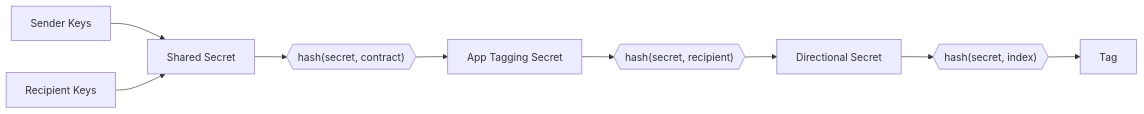
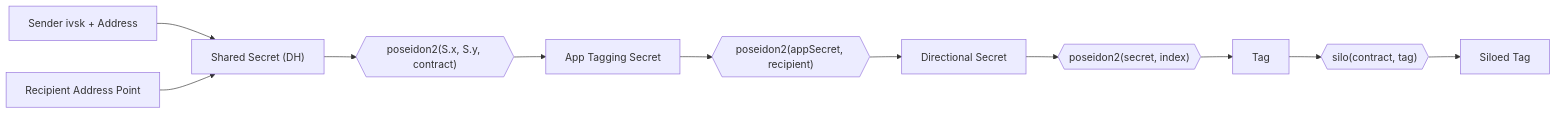
The diagram in docs/developer_versioned_docs/version-v4.0.0-devnet.2-patch.1/docs/foundational-topics/advanced/storage/note_discovery.md (aztec-labs-eng/aztec-node), drawn with Mermaid before and after one commit. The commit also changed other lines of this file and 1 other file, not shown here.

````diff
--- a/docs/developer_versioned_docs/version-v4.0.0-devnet.2-patch.1/docs/foundational-topics/advanced/storage/note_discovery.md
+++ b/docs/developer_versioned_docs/version-v4.0.0-devnet.2-patch.1/docs/foundational-topics/advanced/storage/note_discovery.md
@@ -28,11 +28,13 @@
 ```mermaid
 flowchart LR
-    A[Sender Keys] --> B[Shared Secret]
-    C[Recipient Keys] --> B
-    B --> D{{"hash(secret, contract)"}}
+    A[Sender ivsk + Address] --> B["Shared Secret (DH)"]
+    C[Recipient Address Point] --> B
+    B --> D{{"poseidon2(S.x, S.y, contract)"}}
     D --> E[App Tagging Secret]
-    E --> F{{"hash(secret, recipient)"}}
+    E --> F{{"poseidon2(appSecret, recipient)"}}
     F --> G[Directional Secret]
-    G --> H{{"hash(secret, index)"}}
+    G --> H{{"poseidon2(secret, index)"}}
     H --> I[Tag]
+    I --> J{{"silo(contract, tag)"}}
+    J --> K[Siloed Tag]
 ```
````
